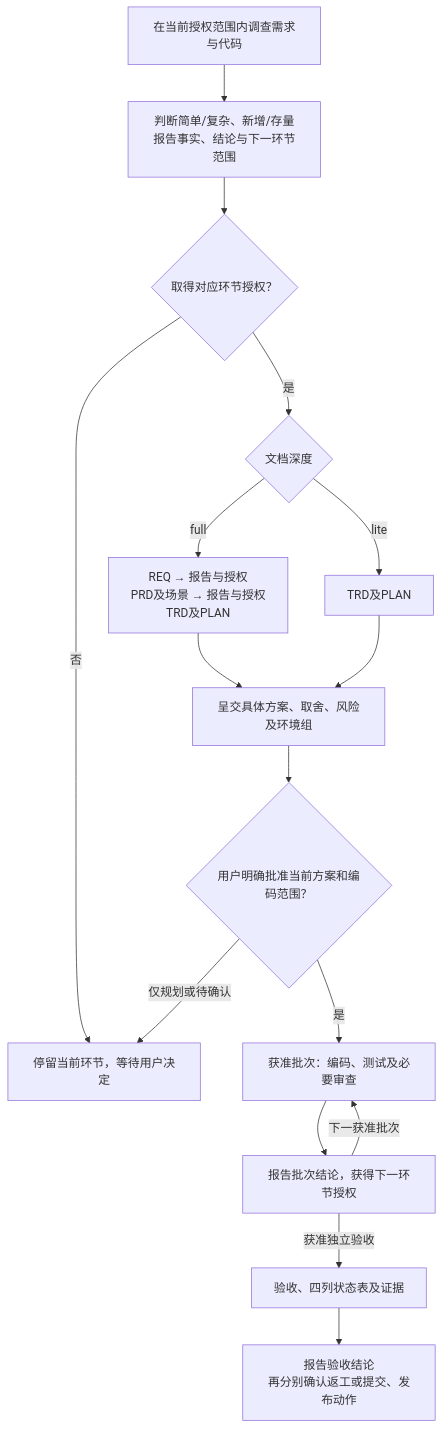
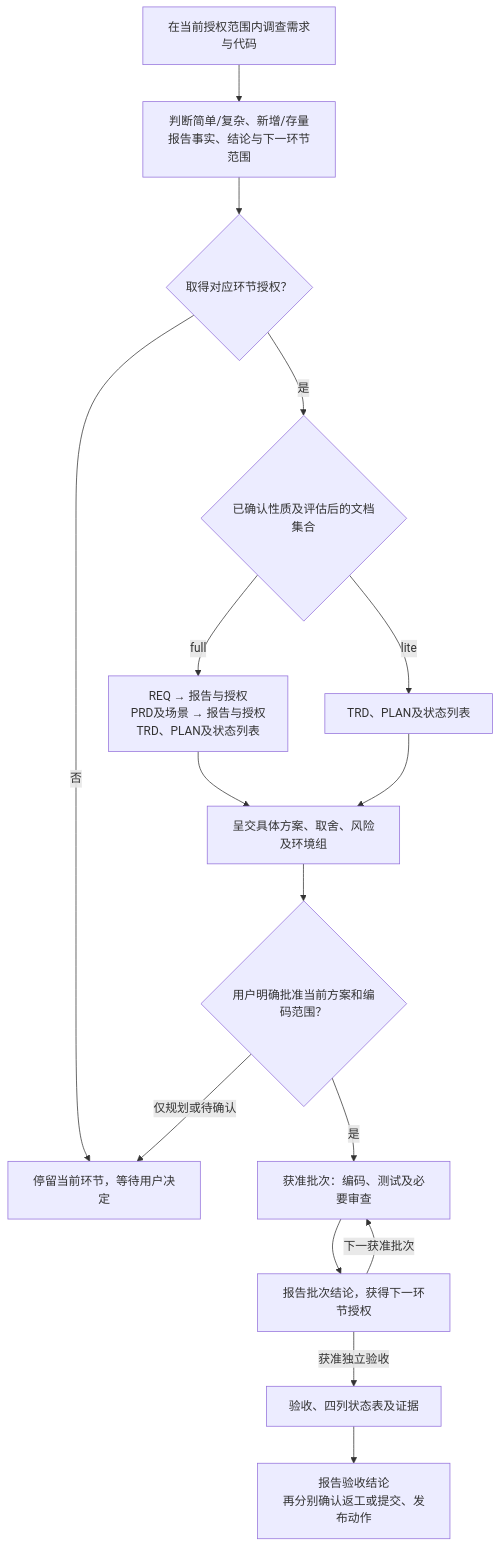
The diagram in .agents/skills/develop-work-flow/SKILL.md (sparrowzoo/AICoding), drawn with Mermaid before and after one commit. The commit also changed other lines of this file and 18 other files, not shown here.

````diff
--- a/.agents/skills/develop-work-flow/SKILL.md
+++ b/.agents/skills/develop-work-flow/SKILL.md
@@ -126,18 +146,18 @@
 ```mermaid
 flowchart TD
     A["在当前授权范围内调查需求与代码"] --> B["判断简单/复杂、新增/存量<br/>报告事实、结论与下一环节范围"]
     B --> C{"取得对应环节授权？"}
     C -->|否| W["停留当前环节，等待用户决定"]
-    C -->|是| D{"文档深度"}
-    D -->|full| E["REQ → 报告与授权<br/>PRD及场景 → 报告与授权<br/>TRD及PLAN"]
-    D -->|lite| F["TRD及PLAN"]
+    C -->|是| D{"已确认性质及评估后的文档集合"}
+    D -->|full| E["REQ → 报告与授权<br/>PRD及场景 → 报告与授权<br/>TRD、PLAN及状态列表"]
+    D -->|lite| F["TRD、PLAN及状态列表"]
     E --> G["呈交具体方案、取舍、风险及环境组"]
     F --> G
     G --> H{"用户明确批准当前方案和编码范围？"}
     H -->|仅规划或待确认| W
     H -->|是| I["获准批次：编码、测试及必要审查"]
     I --> J["报告批次结论，获得下一环节授权"]
     J -->|下一获准批次| I
     J -->|获准独立验收| K["验收、四列状态表及证据"]
     K --> L["报告验收结论<br/>再分别确认返工或提交、发布动作"]
 ```
````
